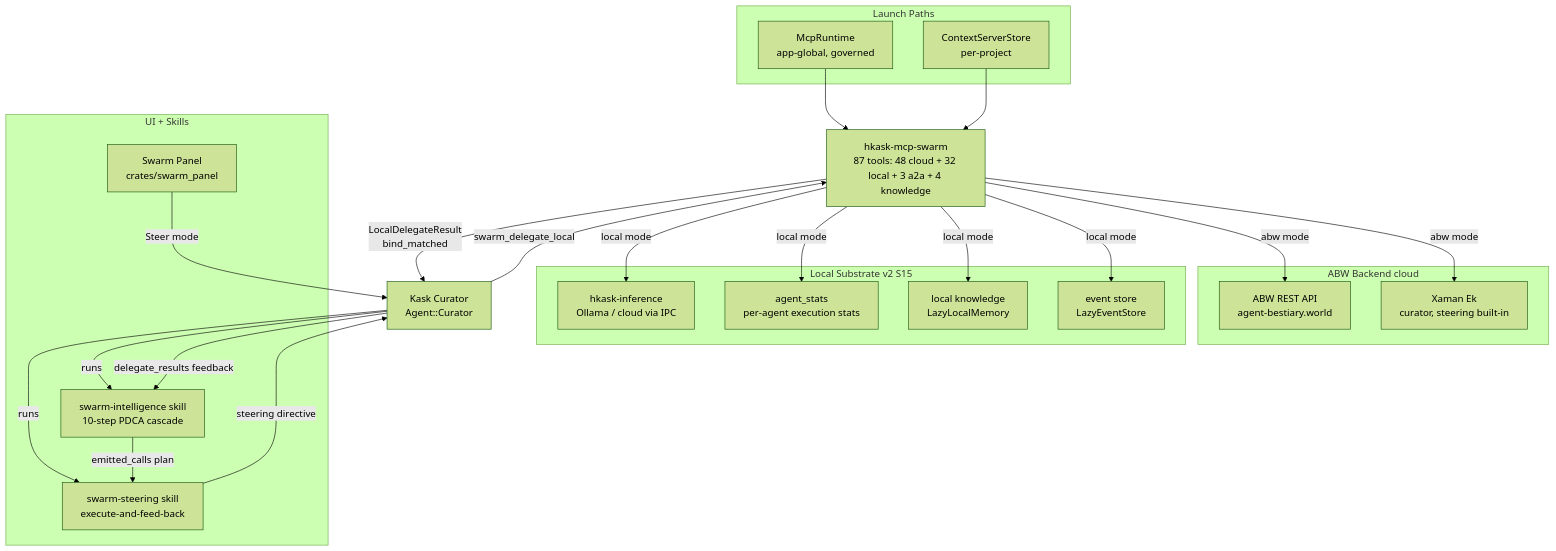
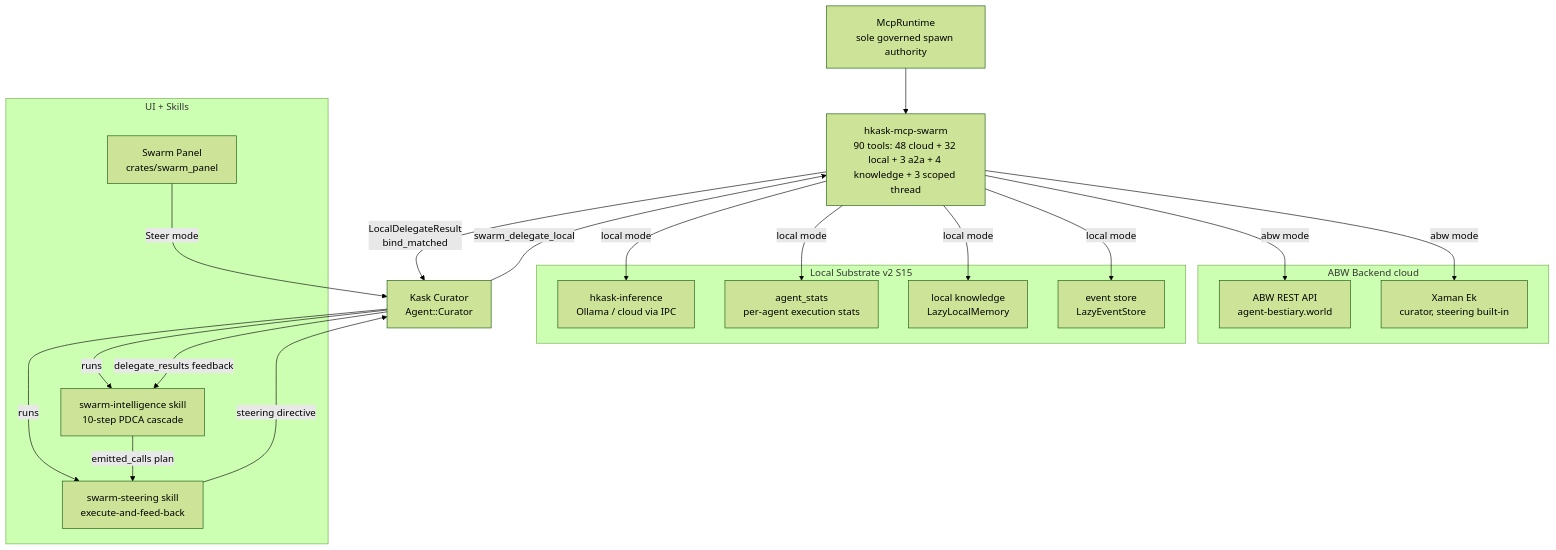
One commit to mdz-axo/zed-kask changed the first of 6 diagrams in kask/docs/diagrams/swarm.md. Above: the diagram before and after it, drawn with Mermaid (forest theme). The commit also changed other lines of this file and 7 other files, not shown here.

````diff
--- a/kask/docs/diagrams/swarm.md
+++ b/kask/docs/diagrams/swarm.md
@@ -38,43 +38,39 @@
 ```mermaid
 flowchart TD
-    subgraph launch[Launch Paths]
-        MR[McpRuntime<br/>app-global, governed]
-        CS[ContextServerStore<br/>per-project]
-    end
-    SWARM[hkask-mcp-swarm<br/>87 tools: 48 cloud + 32 local + 3 a2a + 4 knowledge]
+    MR[McpRuntime<br/>sole governed spawn authority]
+    SWARM[hkask-mcp-swarm<br/>90 tools: 48 cloud + 32 local + 3 a2a + 4 knowledge + 3 scoped thread]
     MR --> SWARM
-    CS --> SWARM
 
     subgraph abw[ABW Backend cloud]
         ABW_API[ABW REST API<br/>agent-bestiary.world]
         XAMAN[Xaman Ek<br/>curator, steering built-in]
     end
 
     subgraph local[Local Substrate v2 S15]
         INF[hkask-inference<br/>Ollama / cloud via IPC]
         STATS[agent_stats<br/>per-agent execution stats]
         MEMORY[local knowledge<br/>LazyLocalMemory]
         EVENTS[event store<br/>LazyEventStore]
     end
 
     SWARM -->|abw mode| ABW_API
     SWARM -->|abw mode| XAMAN
     SWARM -->|local mode| INF
     SWARM -->|local mode| STATS
     SWARM -->|local mode| MEMORY
     SWARM -->|local mode| EVENTS
 
     subgraph ui[UI + Skills]
         PANEL[Swarm Panel<br/>crates/swarm_panel]
         SI[swarm-intelligence skill<br/>10-step PDCA cascade]
         SS[swarm-steering skill<br/>execute-and-feed-back]
     end
     PANEL -->|Steer mode| CURATOR[Kask Curator<br/>Agent::Curator]
     CURATOR -->|runs| SI
     CURATOR -->|runs| SS
     SI -->|emitted_calls plan| SS
     SS -->|steering directive| CURATOR
     CURATOR -->|swarm_delegate_local| SWARM
     SWARM -->|LocalDelegateResult<br/>bind_matched| CURATOR
     CURATOR -->|delegate_results feedback| SI
 ```
````
